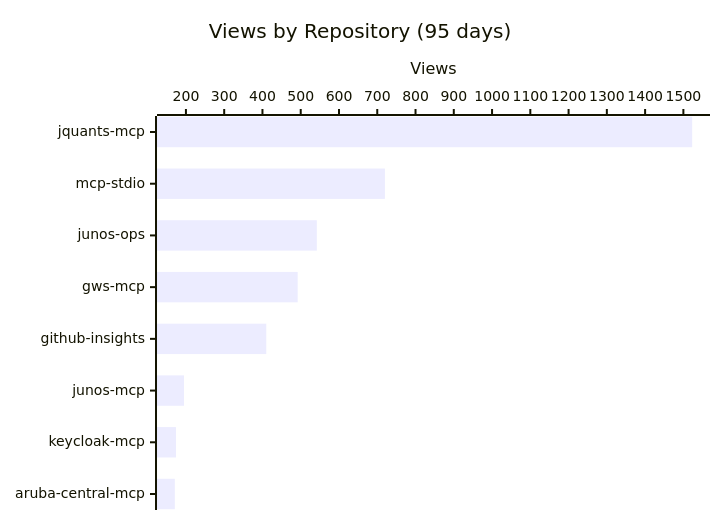
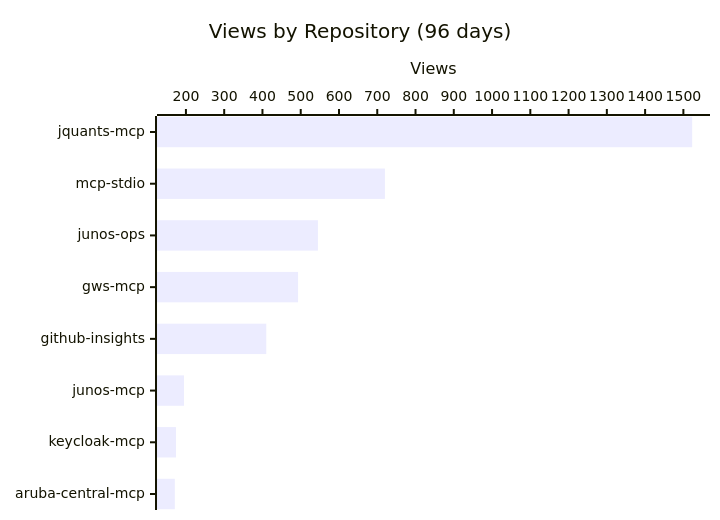
The first of 3 diagrams in README.md (shigechika/github-insights), drawn with Mermaid before and after one commit. The commit also changed other lines of this file and 2 other files, not shown here.

````diff
--- a/README.md
+++ b/README.md
@@ -18,7 +18,7 @@
 ```mermaid
 xychart-beta horizontal
-    title "Views by Repository (95 days)"
+    title "Views by Repository (96 days)"
     x-axis ["jquants-mcp", "mcp-stdio", "junos-ops", "gws-mcp", "github-insights", "junos-mcp", "keycloak-mcp", "aruba-central-mcp"]
     y-axis "Views"
-    bar [1523, 720, 542, 492, 410, 195, 174, 171]
+    bar [1523, 720, 545, 493, 410, 195, 174, 171]
 ```
````
